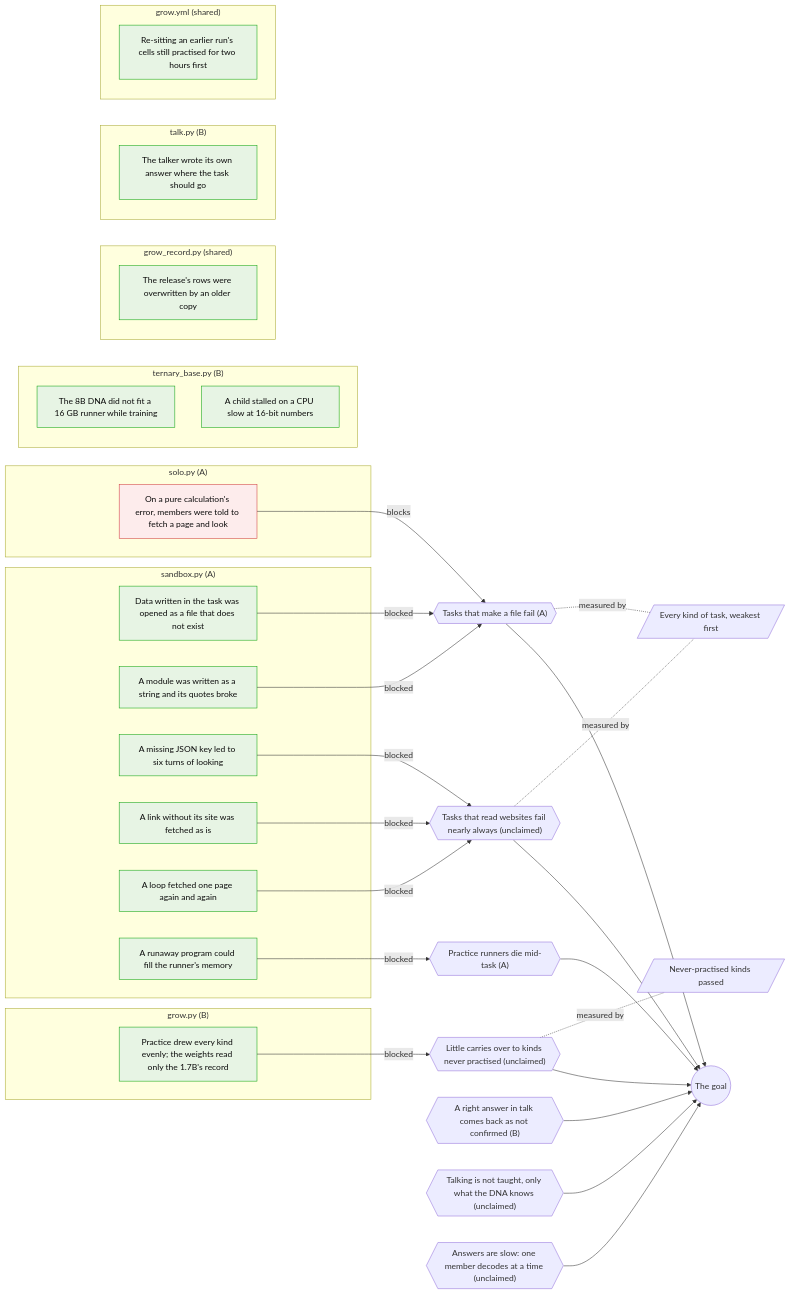
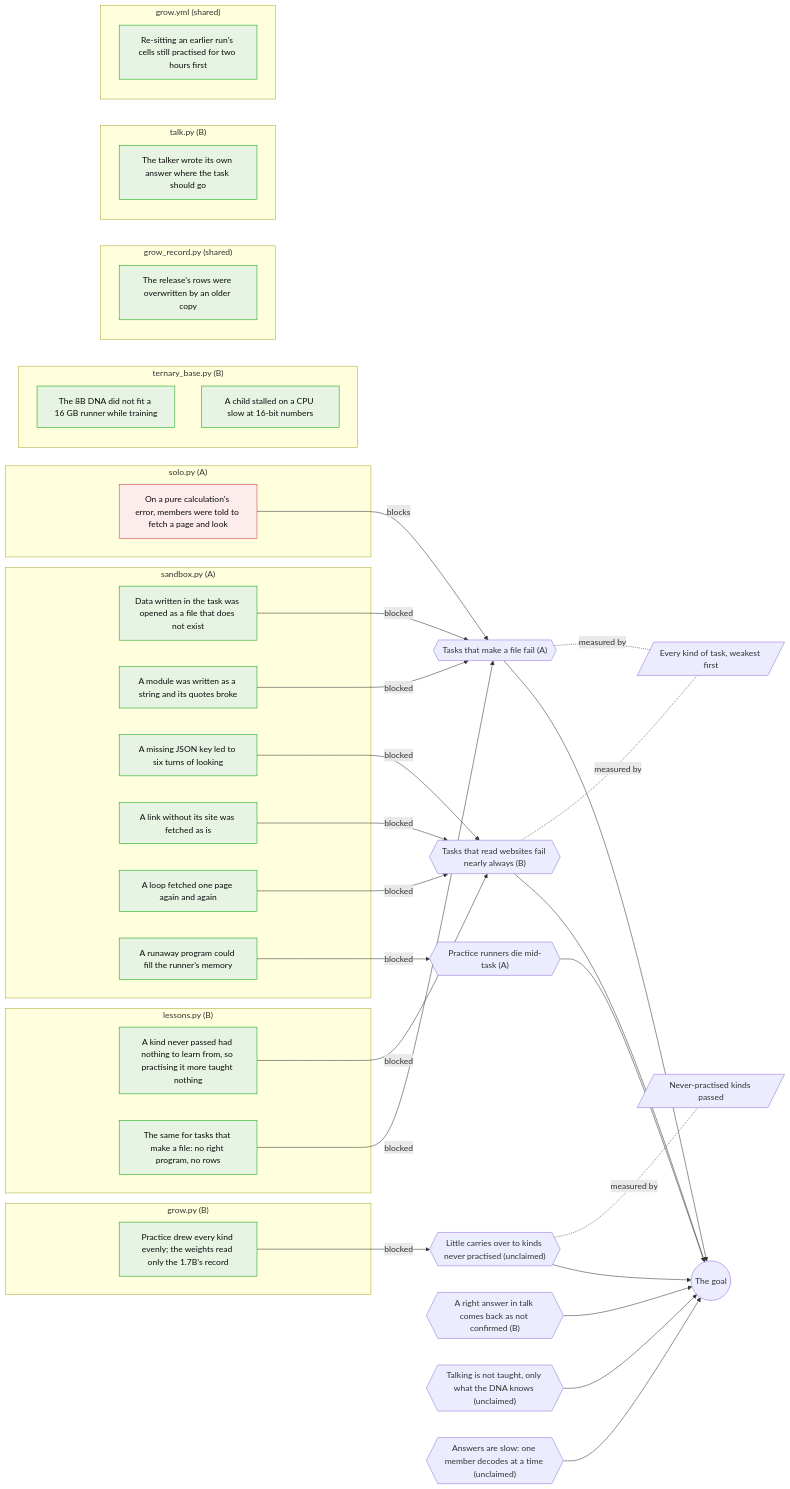
The third of 3 diagrams in docs/KNOWLEDGE.md (Arnav123-s/HiveMIND), drawn with Mermaid before and after one commit. The commit also changed other lines of this file and 4 other files, not shown here.

````diff
--- a/docs/KNOWLEDGE.md
+++ b/docs/KNOWLEDGE.md
@@ -65,60 +67,66 @@
 ```mermaid
 flowchart LR
   goal(("The goal"))
-  web{{"Tasks that read websites fail nearly always (unclaimed)"}}
+  web{{"Tasks that read websites fail nearly always (B)"}}
   web --> goal
   web -.-|measured by| m_kinds
   carryover{{"Little carries over to kinds never practised (unclaimed)"}}
   carryover --> goal
   carryover -.-|measured by| m_carry
   files{{"Tasks that make a file fail (A)"}}
   files --> goal
   files -.-|measured by| m_kinds
   deaths{{"Practice runners die mid-task (A)"}}
   deaths --> goal
   confirm{{"A right answer in talk comes back as not confirmed (B)"}}
   confirm --> goal
   talktaught{{"Talking is not taught, only what the DNA knows (unclaimed)"}}
   talktaught --> goal
   speed{{"Answers are slow: one member decodes at a time (unclaimed)"}}
   speed --> goal
   m_carry[/"Never-practised kinds passed"/]
   m_kinds[/"Every kind of task, weakest first"/]
   subgraph p_practice["grow.py (B)"]
     f_flat["Practice drew every kind evenly; the weights read only the 1.7B's record"]:::fixed
+  end
+  subgraph p_lessons["lessons.py (B)"]
+    f_nothingright["A kind never passed had nothing to learn from, so practising it more taught nothing"]:::fixed
+    f_nothingrightfiles["The same for tasks that make a file: no right program, no rows"]:::fixed
   end
   subgraph p_members["solo.py (A)"]
     f_lookadvice["On a pure calculation's error, members were told to fetch a page and look"]:::open
   end
   subgraph p_sandbox["sandbox.py (A)"]
     f_given["Data written in the task was opened as a file that does not exist"]:::fixed
     f_module["A module was written as a string and its quotes broke"]:::fixed
     f_jsonkey["A missing JSON key led to six turns of looking"]:::fixed
     f_links["A link without its site was fetched as is"]:::fixed
     f_samepage["A loop fetched one page again and again"]:::fixed
     f_memory["A runaway program could fill the runner's memory"]:::fixed
   end
   subgraph p_train["ternary_base.py (B)"]
     f_oom8b["The 8B DNA did not fit a 16 GB runner while training"]:::fixed
     f_slowcpu["A child stalled on a CPU slow at 16-bit numbers"]:::fixed
   end
   subgraph p_record["grow_record.py (shared)"]
     f_overwrite["The release's rows were overwritten by an older copy"]:::fixed
   end
   subgraph p_talk["talk.py (B)"]
     f_talkerwrote["The talker wrote its own answer where the task should go"]:::fixed
   end
   subgraph p_workflow["grow.yml (shared)"]
     f_resit["Re-sitting an earlier run's cells still practised for two hours first"]:::fixed
   end
+  f_nothingright -->|blocked| web
+  f_nothingrightfiles -->|blocked| files
   f_given -->|blocked| files
   f_module -->|blocked| files
   f_jsonkey -->|blocked| web
   f_links -->|blocked| web
   f_samepage -->|blocked| web
   f_lookadvice -->|blocks| files
   f_memory -->|blocked| deaths
   f_flat -->|blocked| carryover
   classDef fixed fill:#e7f4e4,stroke:#0ca30c,color:#0b0b0b
   classDef open fill:#fdecec,stroke:#d03b3b,color:#0b0b0b
 ```
````
